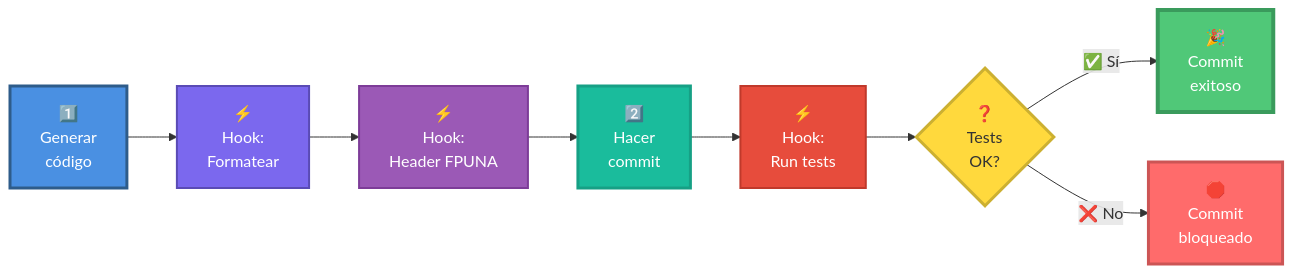
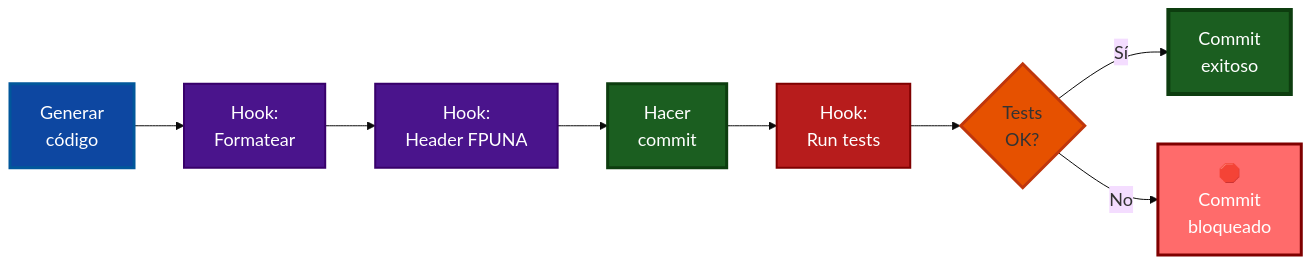
One commit to Ai-Whisperers/Courses-Content changed the ninth of 16 diagrams in courses/🟡-development/FPUNA-2026/00-FUNDAMENTOS-PRINCIPALES/02-maestria-configuracion.md. Above: the diagram before and after it, drawn with Mermaid. The commit also changed other lines of this file and 47 other files, not shown here.

First line of the commit message:
fix: Make all 473 diagrams WCAG AAA accessible (FPUNA-2026)

````diff
--- a/courses/🟡-development/FPUNA-2026/00-FUNDAMENTOS-PRINCIPALES/02-maestria-configuracion.md
+++ b/courses/🟡-development/FPUNA-2026/00-FUNDAMENTOS-PRINCIPALES/02-maestria-configuracion.md
@@ -690,19 +698,20 @@
 ```mermaid
+%%{init: {'theme':'base', 'themeVariables': {'fontSize':'18px'}}}%%
 flowchart LR
-    A["1️⃣<br/>Generar<br/>código"] --> B["⚡<br/>Hook:<br/>Formatear"]
-    B --> C["⚡<br/>Hook:<br/>Header FPUNA"]
-    C --> D["2️⃣<br/>Hacer<br/>commit"]
-    D --> E["⚡<br/>Hook:<br/>Run tests"]
-    E --> F{"❓<br/>Tests<br/>OK?"}
-    F -->|"✅ Sí"| G["🎉<br/>Commit<br/>exitoso"]
-    F -->|"❌ No"| H["🛑<br/>Commit<br/>bloqueado"]
+    A["Generar<br/>código"] --> B["Hook:<br/>Formatear"]
+    B --> C["Hook:<br/>Header FPUNA"]
+    C --> D["Hacer<br/>commit"]
+    D --> E["Hook:<br/>Run tests"]
+    E --> F{"Tests<br/>OK?"}
+    F -->|"Sí"| G["Commit<br/>exitoso"]
+    F -->|"No"| H["🛑<br/>Commit<br/>bloqueado"]
     
-    style A fill:#4A90E2,stroke:#2E5C8A,stroke-width:3px,color:#fff
-    style B fill:#7B68EE,stroke:#5A4BB5,stroke-width:2px,color:#fff
-    style C fill:#9B59B6,stroke:#7D3C98,stroke-width:2px,color:#fff
-    style D fill:#1ABC9C,stroke:#16A085,stroke-width:3px,color:#fff
-    style E fill:#E74C3C,stroke:#C0392B,stroke-width:2px,color:#fff
-    style F fill:#FFD93D,stroke:#CCB031,stroke-width:3px,color:#333
-    style G fill:#50C878,stroke:#3A9B5C,stroke-width:4px,color:#fff
-    style H fill:#FF6B6B,stroke:#CC5555,stroke-width:3px,color:#fff
+    style A fill:#0d47a1,stroke:#01579b,stroke-width:3px,color:#fff
+    style B fill:#4a148c,stroke:#38006b,stroke-width:2px,color:#fff
+    style C fill:#4a148c,stroke:#38006b,stroke-width:2px,color:#fff
+    style D fill:#1b5e20,stroke:#0d3d0f,stroke-width:3px,color:#fff
+    style E fill:#b71c1c,stroke:#7f0000,stroke-width:2px,color:#fff
+    style F fill:#e65100,stroke:#bf360c,stroke-width:3px,color:#333
+    style G fill:#1b5e20,stroke:#0d3d0f,stroke-width:4px,color:#fff
+    style H fill:#FF6B6B,stroke:#7f0000,stroke-width:3px,color:#fff
 ```
````
